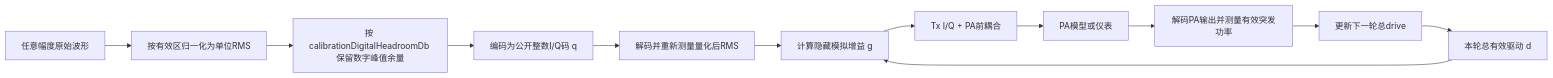
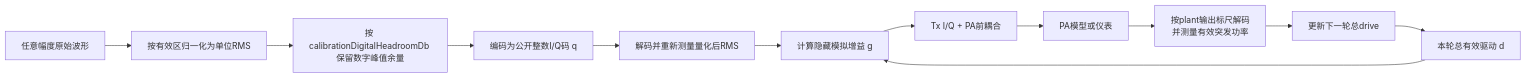
The seventh of 7 diagrams in doc/SigProc.md (niyilu45/DPD_ILC), drawn with Mermaid before and after one commit. The commit also changed other lines of this file and 45 other files, not shown here.

````diff
--- a/doc/SigProc.md
+++ b/doc/SigProc.md
@@ -1080,14 +1090,14 @@
 ```mermaid
 flowchart LR
     raw["任意幅度原始波形"] --> normalize["按有效区归一化为单位RMS"]
     normalize --> headroom["按 calibrationDigitalHeadroomDb 保留数字峰值余量"]
     headroom --> encode["编码为公开整数I/Q码 q"]
     encode --> decode["解码并重新测量量化后RMS"]
     drive["本轮总有效驱动 d"] --> analog["计算隐藏模拟增益 g"]
     decode --> analog
     analog --> tx["Tx I/Q + PA前耦合"]
     tx --> pa["PA模型或仪表"]
-    pa --> measure["解码PA输出并测量有效突发功率"]
+    pa --> measure["按plant输出标尺解码<br/>并测量有效突发功率"]
     measure --> update["更新下一轮总drive"]
     update --> drive
 ```
````
